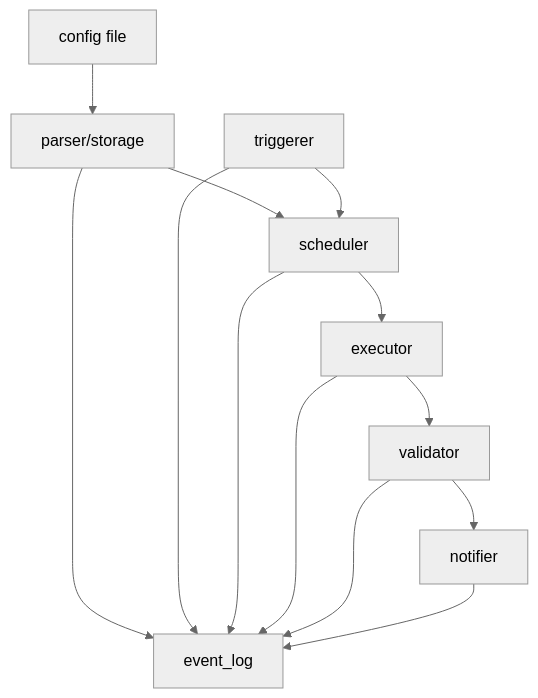
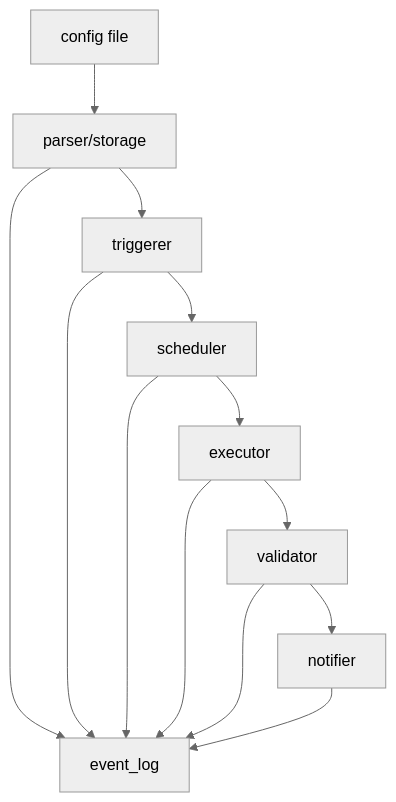
The diagram in design/overview.md (andrew-a-hale/mdf), drawn with Mermaid (neutral theme) before and after one commit.

Commit message:
fix error on diagram

````diff
--- a/design/overview.md
+++ b/design/overview.md
@@ -82,25 +82,25 @@
 ```mermaid
 graph TB
   event_log[event_log]
   config[config file]
   parser[parser/storage]
   triggerer[triggerer]
   scheduler[scheduler]
   executor[executor]
   validator[validator]
   notifier[notifier]
 
   config --> parser
-  parser --> scheduler
+  parser --> triggerer
   triggerer --> scheduler
   scheduler --> executor
   executor --> validator
   validator --> notifier
 
   parser --> event_log
   triggerer --> event_log
   scheduler --> event_log
   executor --> event_log
   validator --> event_log
   notifier --> event_log
 ```
````
